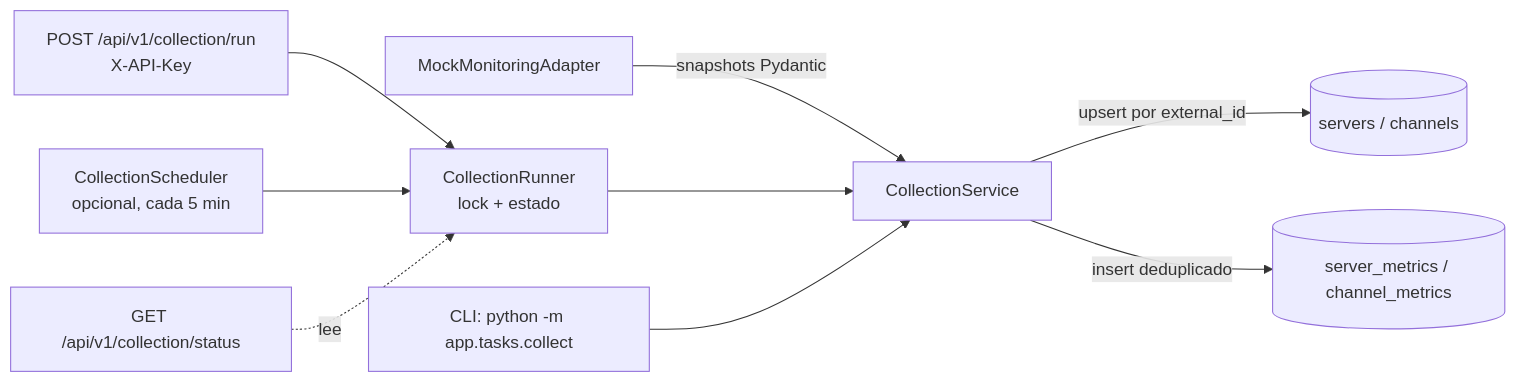
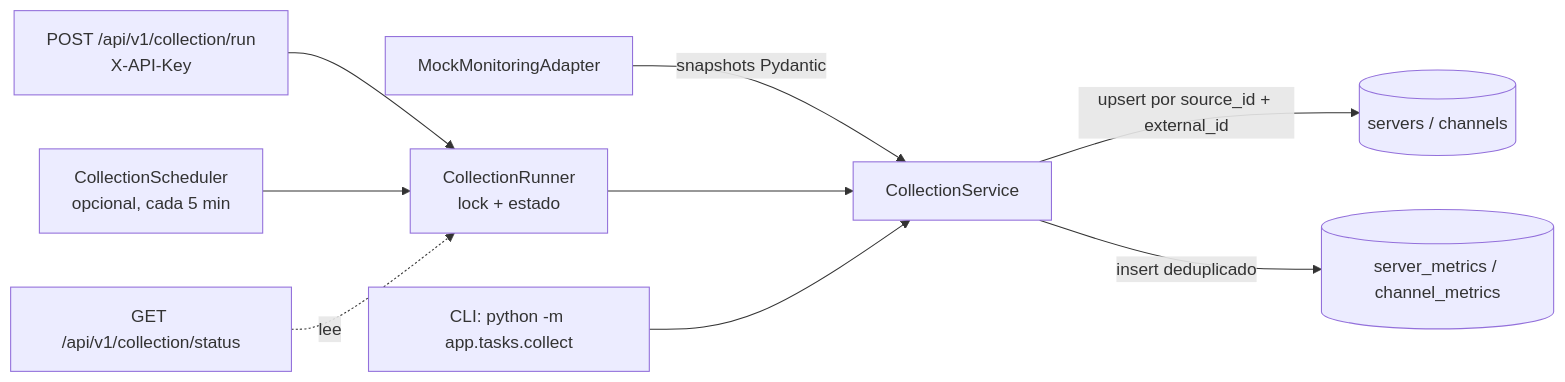
Before and after one commit to MiguelTroncoso/superflash_ia: the first of 3 diagrams in docs/architecture.md, drawn with Mermaid. The commit also changed other lines of this file and 31 other files, not shown here.

````diff
--- a/docs/architecture.md
+++ b/docs/architecture.md
@@ -14,11 +14,11 @@
 ```mermaid
 flowchart LR
     A[MockMonitoringAdapter] -->|snapshots Pydantic| B[CollectionService]
-    B -->|upsert por external_id| C[(servers / channels)]
+    B -->|upsert por source_id + external_id| C[(servers / channels)]
     B -->|insert deduplicado| D[(server_metrics / channel_metrics)]
     R[CollectionRunner<br/>lock + estado] --> B
     E[POST /api/v1/collection/run<br/>X-API-Key] --> R
     S[CollectionScheduler<br/>opcional, cada 5 min] --> R
     F[CLI: python -m app.tasks.collect] --> B
     ST[GET /api/v1/collection/status] -.lee.-> R
 ```
````
